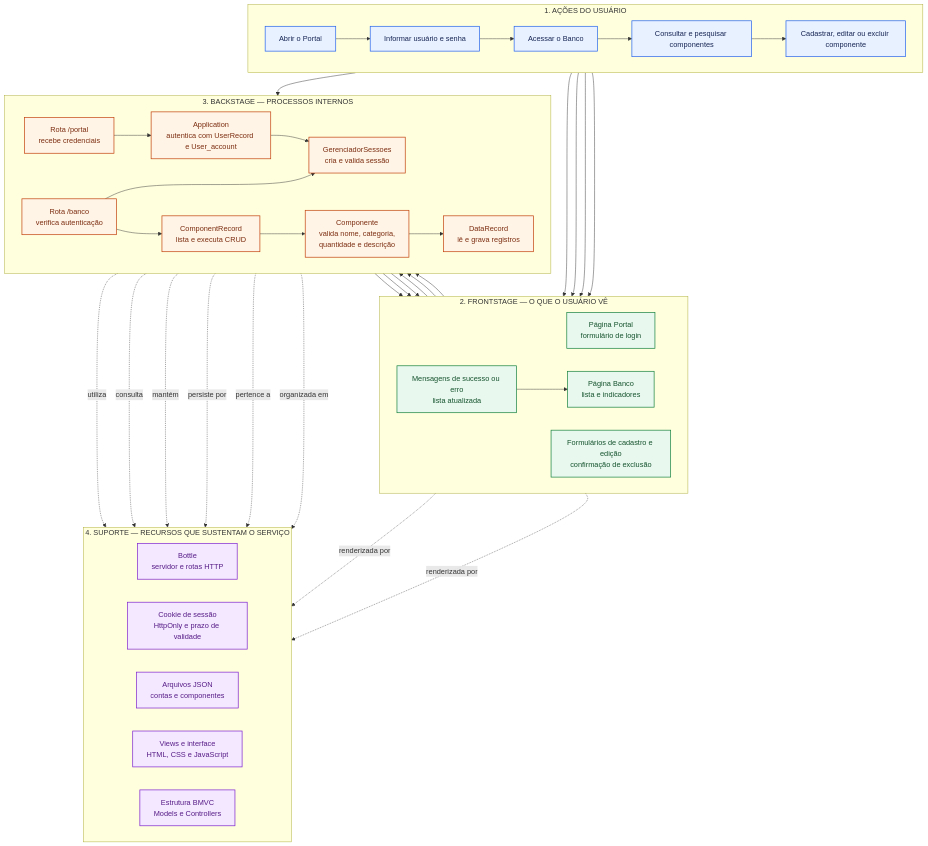
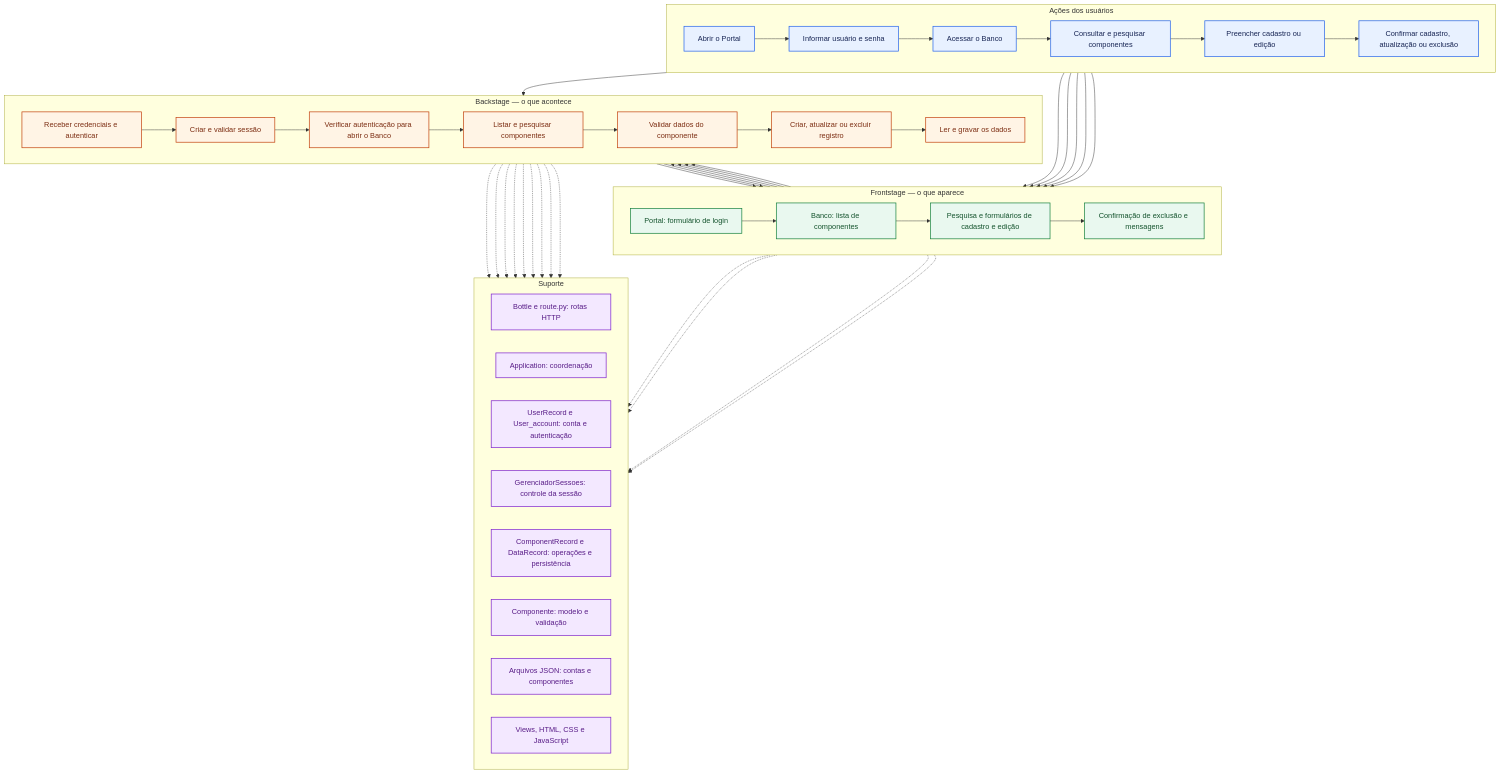
Before and after one commit to AbnerG1/Projeto-BLUE-PRINT: the diagram in docs/blueprint-nivel-2-techstock.mmd, drawn with Mermaid.

Commit message:
Ajusta a estrutura do Blueprint Nível 2 à referência da aula

```diff
--- a/docs/blueprint-nivel-2-techstock.mmd
+++ b/docs/blueprint-nivel-2-techstock.mmd
@@ -1,77 +1,57 @@
 flowchart TB
-  %% Nível 2 — Blueprint Desktop do TechStock
-  %% Camadas do serviço: ações, frontstage, backstage e suporte.
-
-  subgraph ACOES["1. AÇÕES DO USUÁRIO"]
+  subgraph ACOES["Ações dos usuários"]
     direction LR
-    A1["Abrir o Portal"] --> A2["Informar usuário e senha"]
-    A2 --> A3["Acessar o Banco"]
-    A3 --> A4["Consultar e pesquisar componentes"]
-    A4 --> A5["Cadastrar, editar ou excluir componente"]
+    A1["Abrir o Portal"] --> A2["Informar usuário e senha"] --> A3["Acessar o Banco"] --> A4["Consultar e pesquisar componentes"] --> A5["Preencher cadastro ou edição"] --> A6["Confirmar cadastro, atualização ou exclusão"]
   end
-
-  subgraph FRONT["2. FRONTSTAGE — O QUE O USUÁRIO VÊ"]
+  subgraph FRONT["Frontstage — o que aparece"]
     direction LR
-    F1["Página Portal<br/>formulário de login"]
-    F2["Página Banco<br/>lista e indicadores"]
-    F3["Formulários de cadastro e edição<br/>confirmação de exclusão"]
-    F4["Mensagens de sucesso ou erro<br/>lista atualizada"]
+    F1["Portal: formulário de login"] --> F2["Banco: lista de componentes"] --> F3["Pesquisa e formulários de cadastro e edição"] --> F4["Confirmação de exclusão e mensagens"]
   end
-
-  subgraph BACK["3. BACKSTAGE — PROCESSOS INTERNOS"]
+  subgraph BACK["Backstage — o que acontece"]
     direction LR
-    B1["Rota /portal<br/>recebe credenciais"]
-    B2["Application<br/>autentica com UserRecord e User_account"]
-    B3["GerenciadorSessoes<br/>cria e valida sessão"]
-    B4["Rota /banco<br/>verifica autenticação"]
-    B5["ComponentRecord<br/>lista e executa CRUD"]
-    B6["Componente<br/>valida nome, categoria,<br/>quantidade e descrição"]
-    B7["DataRecord<br/>lê e grava registros"]
+    B1["Receber credenciais e autenticar"] --> B2["Criar e validar sessão"] --> B3["Verificar autenticação para abrir o Banco"] --> B4["Listar e pesquisar componentes"] --> B5["Validar dados do componente"] --> B6["Criar, atualizar ou excluir registro"] --> B7["Ler e gravar os dados"]
   end
-
-  subgraph SUP["4. SUPORTE — RECURSOS QUE SUSTENTAM O SERVIÇO"]
+  subgraph SUP["Suporte"]
     direction LR
-    S1["Bottle<br/>servidor e rotas HTTP"]
-    S2["Cookie de sessão<br/>HttpOnly e prazo de validade"]
-    S3["Arquivos JSON<br/>contas e componentes"]
-    S4["Views e interface<br/>HTML, CSS e JavaScript"]
-    S5["Estrutura BMVC<br/>Models e Controllers"]
+    S1["Bottle e route.py: rotas HTTP"]
+    S2["Application: coordenação"]
+    S3["UserRecord e User_account: conta e autenticação"]
+    S4["GerenciadorSessoes: controle da sessão"]
+    S5["ComponentRecord e DataRecord: operações e persistência"]
+    S6["Componente: modelo e validação"]
+    S7["Arquivos JSON: contas e componentes"]
+    S8["Views, HTML, CSS e JavaScript"]
   end
-
   A1 --> F1
   A2 --> B1
   F1 --> B1
-  B1 --> B2
-  B2 --> B3
-  B3 --> F2
+  B2 --> F2
   A3 --> F2
+  A4 --> F2
   F2 --> B4
-  B4 --> B3
-  B4 --> B5
-  A4 --> F2
-  B5 --> F2
   A5 --> F3
   F3 --> B5
-  B5 --> B6
-  B6 --> B7
-  B7 --> F4
-  F4 --> F2
-
-  B1 -. utiliza .-> S1
-  B2 -. consulta .-> S3
-  B3 -. mantém .-> S2
-  B5 -. persiste por .-> S3
-  B6 -. pertence a .-> S5
-  F1 -. renderizada por .-> S4
-  F2 -. renderizada por .-> S4
-  B1 -. organizada em .-> S5
-
+  A6 --> F4
+  F4 --> B6
+  B7 --> F2
+  B1 -.-> S1
+  B1 -.-> S2
+  B1 -.-> S3
+  B2 -.-> S4
+  B3 -.-> S4
+  B4 -.-> S5
+  B5 -.-> S6
+  B6 -.-> S5
+  B7 -.-> S7
+  F1 -.-> S8
+  F2 -.-> S8
+  F3 -.-> S8
+  F4 -.-> S8
   classDef action fill:#E8F1FF,stroke:#2563EB,color:#172554,stroke-width:1.5px
   classDef front fill:#E9F8EF,stroke:#15803D,color:#14532D,stroke-width:1.5px
   classDef back fill:#FFF4E5,stroke:#C2410C,color:#7C2D12,stroke-width:1.5px
   classDef support fill:#F3E8FF,stroke:#7E22CE,color:#581C87,stroke-width:1.5px
-
-  class A1,A2,A3,A4,A5 action
+  class A1,A2,A3,A4,A5,A6 action
   class F1,F2,F3,F4 front
   class B1,B2,B3,B4,B5,B6,B7 back
-  class S1,S2,S3,S4,S5 support
+  class S1,S2,S3,S4,S5,S6,S7,S8 support
```
